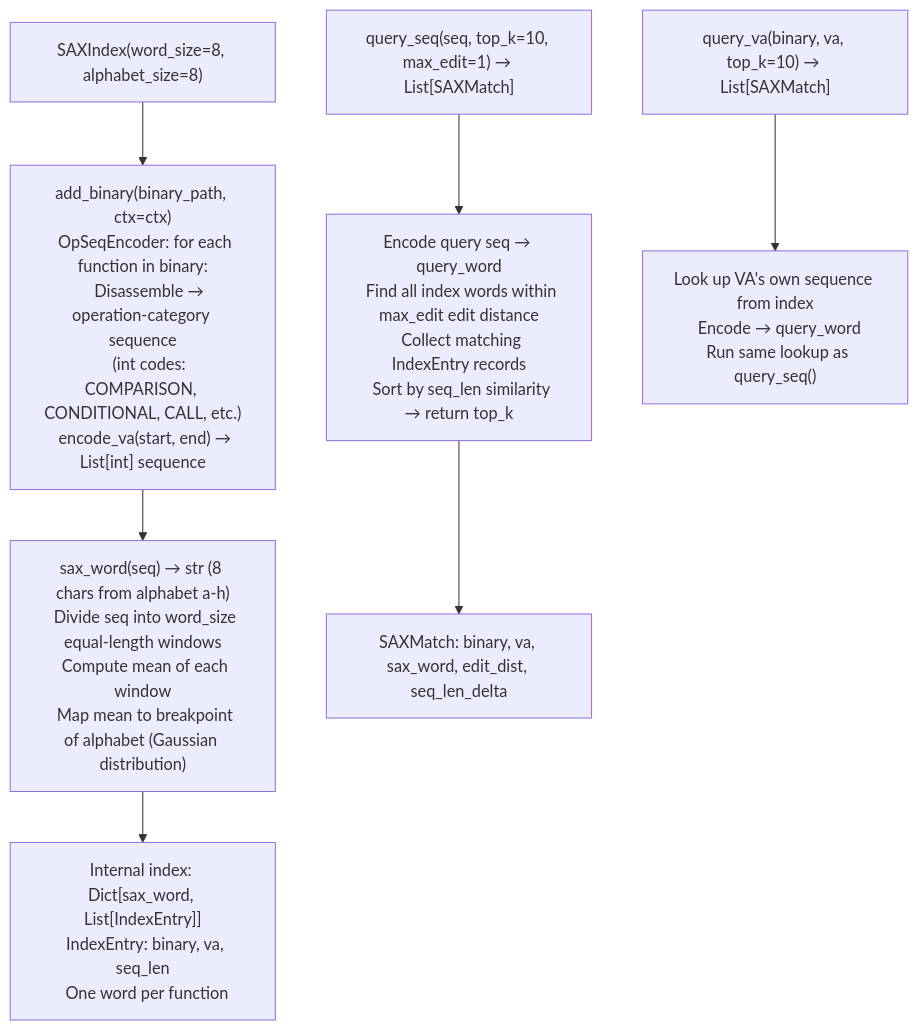
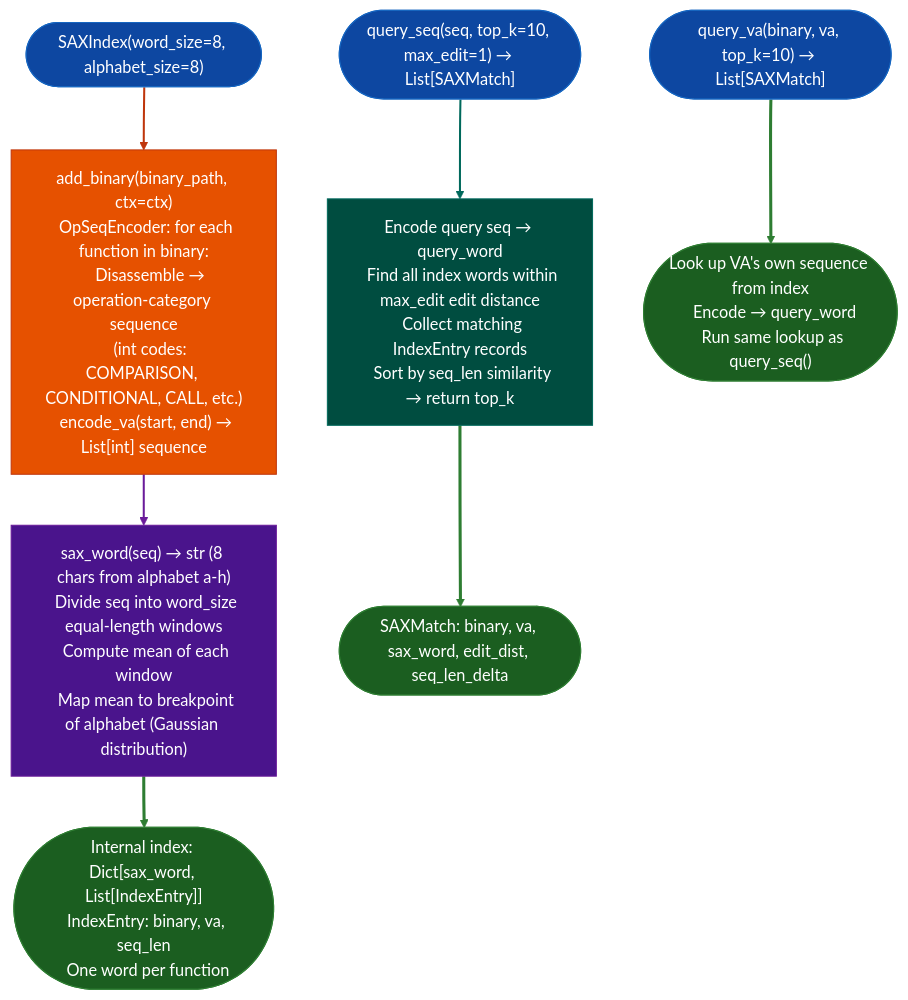
Before and after one commit to Ablation-Tool/ablation: the diagram in docs/reference-modules/sax-approximate-indexing.md, drawn with Mermaid. The commit also changed 320 other files, not shown here.

First line of the commit message:
docs: apply canonical Mermaid template to all 321 diagrams

````diff
--- a/docs/reference-modules/sax-approximate-indexing.md
+++ b/docs/reference-modules/sax-approximate-indexing.md
@@ -19,12 +19,24 @@
 ```mermaid
 flowchart TD
-    A["SAXIndex(word_size=8, alphabet_size=8)"] --> B["add_binary(binary_path, ctx=ctx)\n  OpSeqEncoder: for each function in binary:\n    Disassemble → operation-category sequence\n    (int codes: COMPARISON, CONDITIONAL, CALL, etc.)\n  encode_va(start, end) → List[int] sequence"]
-    B --> C["sax_word(seq) → str (8 chars from alphabet a-h)\n  Divide seq into word_size equal-length windows\n  Compute mean of each window\n  Map mean to breakpoint of alphabet (Gaussian distribution)"]
-    C --> D["Internal index: Dict[sax_word, List[IndexEntry]]\n  IndexEntry: binary, va, seq_len\n  One word per function"]
+    A(["SAXIndex(word_size=8, alphabet_size=8)"]):::input --> B["add_binary(binary_path, ctx=ctx)\n  OpSeqEncoder: for each function in binary:\n    Disassemble → operation-category sequence\n    (int codes: COMPARISON, CONDITIONAL, CALL, etc.)\n  encode_va(start, end) → List[int] sequence"]:::primary
+    B:::primary --> C["sax_word(seq) → str (8 chars from alphabet a-h)\n  Divide seq into word_size equal-length windows\n  Compute mean of each window\n  Map mean to breakpoint of alphabet (Gaussian distribution)"]:::tertiary
+    C:::tertiary --> D(["Internal index: Dict[sax_word, List[IndexEntry]]\n  IndexEntry: binary, va, seq_len\n  One word per function"]):::output
 
-    E["query_seq(seq, top_k=10, max_edit=1) → List[SAXMatch]"] --> F["Encode query seq → query_word\n  Find all index words within max_edit edit distance\n  Collect matching IndexEntry records\n  Sort by seq_len similarity → return top_k"]
+    E(["query_seq(seq, top_k=10, max_edit=1) → List[SAXMatch]"]):::input --> F["Encode query seq → query_word\n  Find all index words within max_edit edit distance\n  Collect matching IndexEntry records\n  Sort by seq_len similarity → return top_k"]:::secondary
 
-    G["query_va(binary, va, top_k=10) → List[SAXMatch]"] --> H["Look up VA's own sequence from index\n  Encode → query_word\n  Run same lookup as query_seq()"]
+    G(["query_va(binary, va, top_k=10) → List[SAXMatch]"]):::input --> H(["Look up VA's own sequence from index\n  Encode → query_word\n  Run same lookup as query_seq()"]):::output
 
-    F --> I["SAXMatch: binary, va, sax_word, edit_dist, seq_len_delta"]
+    F:::secondary --> I(["SAXMatch: binary, va, sax_word, edit_dist, seq_len_delta"]):::output
+    classDef input     fill:#0d47a1,stroke:#1565c0,color:#fff
+    classDef primary   fill:#e65100,stroke:#bf360c,color:#fff
+    classDef secondary fill:#004d40,stroke:#00695c,color:#fff
+    classDef tertiary  fill:#4a148c,stroke:#6a1b9a,color:#fff
+    classDef neutral   fill:#37474f,stroke:#546e7a,color:#fff
+    classDef output    fill:#1b5e20,stroke:#2e7d32,color:#fff
+    linkStyle 0 stroke:#bf360c,stroke-width:2px
+    linkStyle 1 stroke:#6a1b9a,stroke-width:2px
+    linkStyle 2 stroke:#2e7d32,stroke-width:3px
+    linkStyle 3 stroke:#00695c,stroke-width:2px
+    linkStyle 4 stroke:#2e7d32,stroke-width:3px
+    linkStyle 5 stroke:#2e7d32,stroke-width:3px
 ```
````
